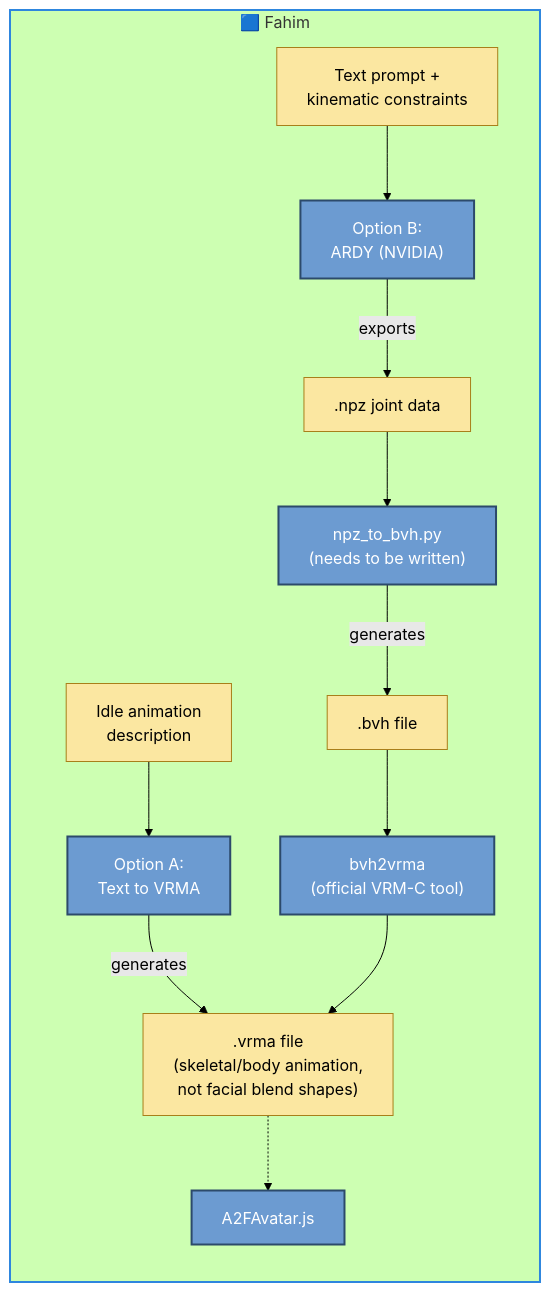
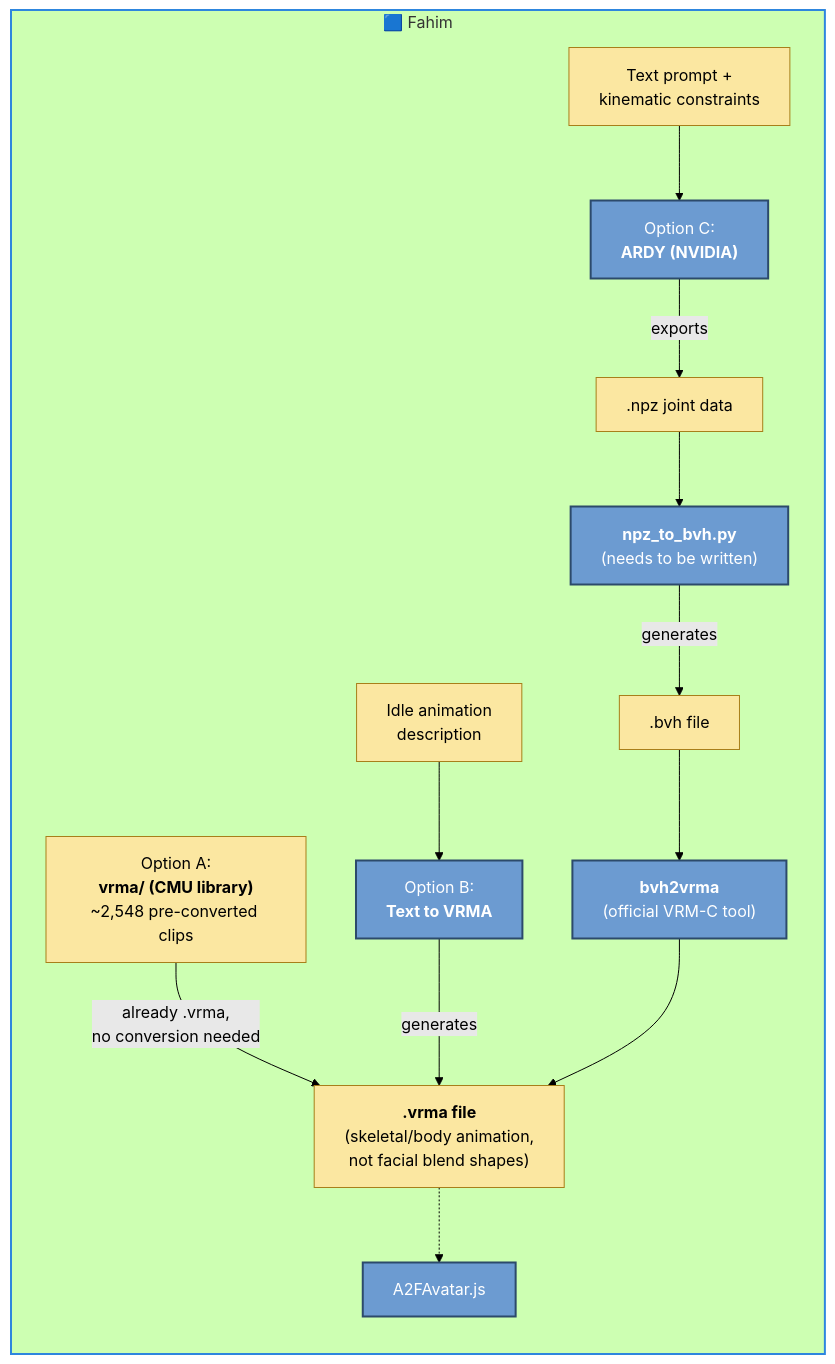
Before and after one commit to SBU-VRET/VRET-Project: the eighth of 8 diagrams in docs/TECH_PIPELINE.md, drawn with Mermaid (forest theme). The commit also changed other lines of this file and 7 other files, not shown here.

````diff
--- a/docs/TECH_PIPELINE.md
+++ b/docs/TECH_PIPELINE.md
@@ -237,16 +240,17 @@
 ```mermaid
 flowchart LR
     subgraph S7["🟦 Fahim"]
-    IdleDesc["Idle animation<br/>description"] --> TextToVRMA["Option A:<br/>Text to VRMA"] -->|generates| VRMAFile[".vrma file<br/>(skeletal/body animation,<br/>not facial blend shapes)"]
-    Prompt["Text prompt +<br/>kinematic constraints"] --> ARDY["Option B:<br/>ARDY (NVIDIA)"] -->|exports| NPZ[".npz joint data"]
-    NPZ --> NPZtoBVH["npz_to_bvh.py<br/>(needs to be written)"] -->|generates| BVH[".bvh file"]
-    BVH --> BVH2VRMA["bvh2vrma<br/>(official VRM-C tool)"] --> VRMAFile
+    ExistingVRMA["Option A:<br/><b>vrma/ (CMU library)</b><br/>~2,548 pre-converted clips"] -->|"already .vrma,<br/>no conversion needed"| VRMAFile["<b>.vrma file</b><br/>(skeletal/body animation,<br/>not facial blend shapes)"]
+    IdleDesc["Idle animation<br/>description"] --> TextToVRMA["Option B:<br/><b>Text to VRMA</b>"] -->|generates| VRMAFile
+    Prompt["Text prompt +<br/>kinematic constraints"] --> ARDY["Option C:<br/><b>ARDY (NVIDIA)</b>"] -->|exports| NPZ[".npz joint data"]
+    NPZ --> NPZtoBVH["<b>npz_to_bvh.py</b><br/>(needs to be written)"] -->|generates| BVH[".bvh file"]
+    BVH --> BVH2VRMA["<b>bvh2vrma</b><br/>(official VRM-C tool)"] --> VRMAFile
     VRMAFile -.-> A2FAvatar["A2FAvatar.js"]
     end
 
     style S7 stroke:#2E86DE,stroke-width:2px
     classDef tool fill:#6c9bd1,stroke:#2c4a6b,stroke-width:2px,color:#fff;
     classDef artifact fill:#fbe7a1,stroke:#a87f1a,stroke-width:1px,color:#000;
     class TextToVRMA,ARDY,NPZtoBVH,BVH2VRMA,A2FAvatar tool
-    class IdleDesc,VRMAFile,Prompt,NPZ,BVH artifact
+    class IdleDesc,VRMAFile,Prompt,NPZ,BVH,ExistingVRMA artifact
 ```
````
